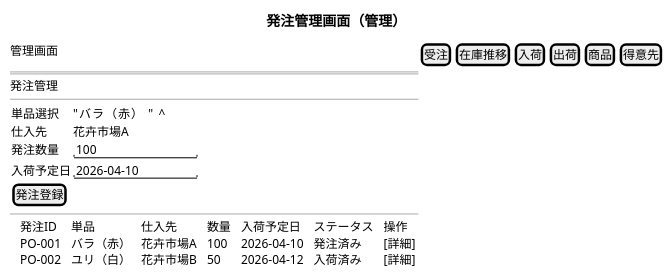
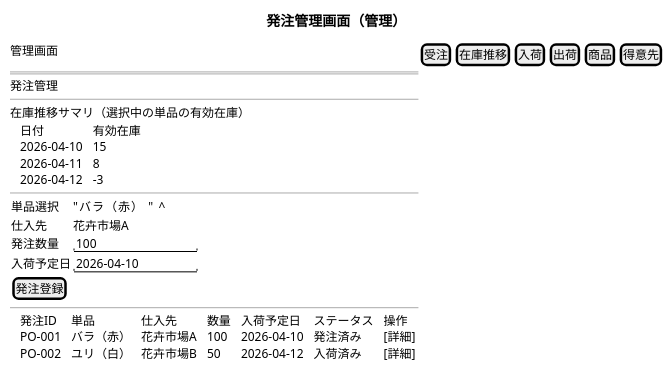
Before and after one commit to k2works/case-study-bouquet: diagram 13 of 17 in docs/design/ui_design.md, drawn with PlantUML. The commit also changed other lines of this file and 3 other files, not shown here.

````diff
--- a/docs/design/ui_design.md
+++ b/docs/design/ui_design.md
@@ -293,24 +330,32 @@
 ```plantuml
 @startsalt
 title 発注管理画面（管理）
 {
   管理画面 | [受注] | [在庫推移] | [入荷] | [出荷] | [商品] | [得意先]
   ==
   発注管理
+  ---
+  在庫推移サマリ（選択中の単品の有効在庫）
+  {T
+    + 日付       | 有効在庫
+    + 2026-04-10 | 15
+    + 2026-04-11 | 8
+    + 2026-04-12 | -3
+  }
   ---
   {
     単品選択   | "バラ（赤）    " ^
     仕入先     | 花卉市場A
     発注数量   | "100            "
     入荷予定日 | "2026-04-10     "
     [発注登録]
   }
   ---
   {T
     + 発注ID | 単品       | 仕入先     | 数量 | 入荷予定日 | ステータス | 操作
     + PO-001 | バラ（赤） | 花卉市場A  | 100  | 2026-04-10 | 発注済み   | [詳細]
     + PO-002 | ユリ（白） | 花卉市場B  | 50   | 2026-04-12 | 入荷済み   | [詳細]
   }
 }
 @endsalt
 ```
````
